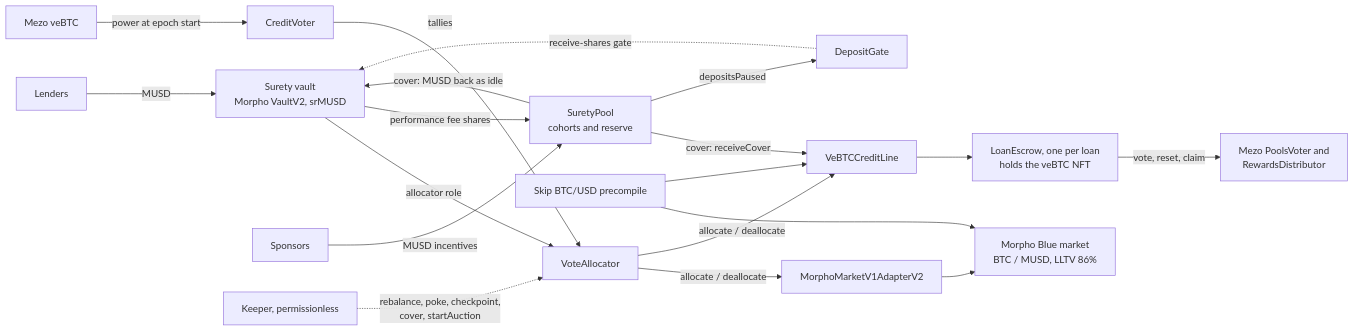
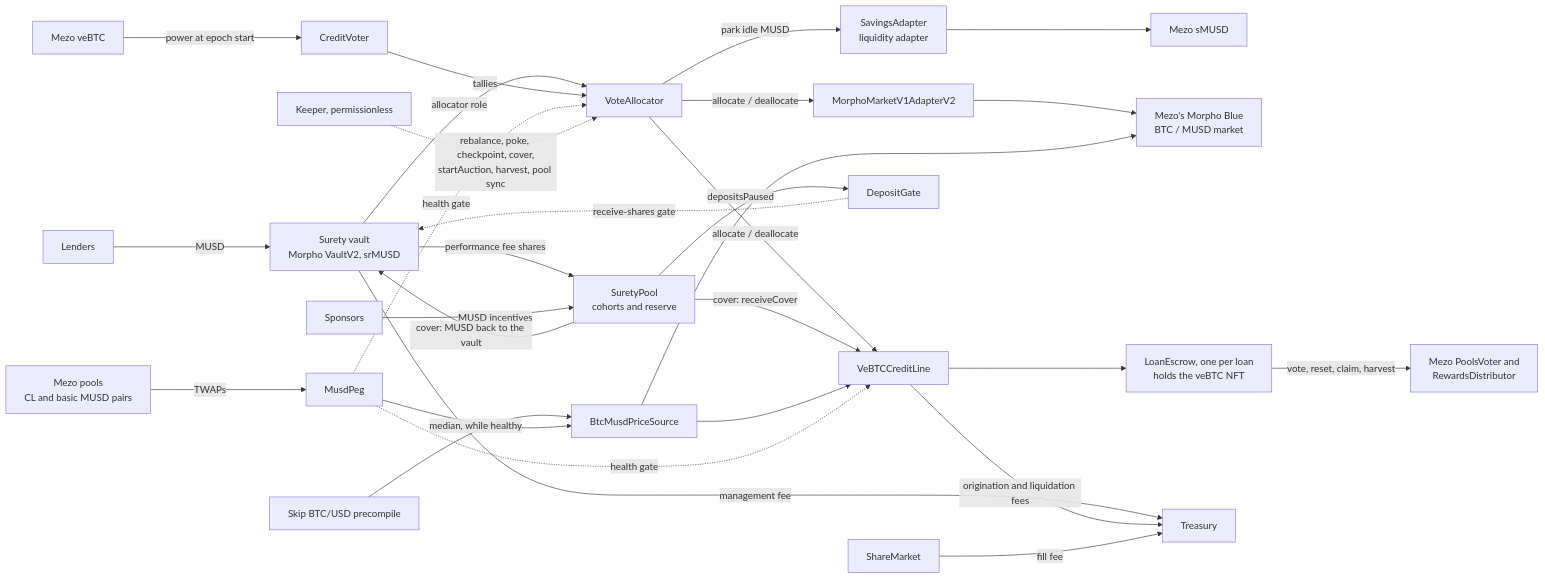
The diagram in README.md (RaYYeR220/surety), drawn with Mermaid before and after one commit. The commit also changed other lines of this file, not shown here.

````diff
--- a/README.md
+++ b/README.md
@@ -50,21 +88,31 @@
 ```mermaid
 flowchart LR
   lenders["Lenders"] -->|"MUSD"| vault["Surety vault<br/>Morpho VaultV2, srMUSD"]
   vault -->|"allocator role"| allocator["VoteAllocator"]
   allocator -->|"allocate / deallocate"| morphoAdapter["MorphoMarketV1AdapterV2"]
   allocator -->|"allocate / deallocate"| line["VeBTCCreditLine"]
-  morphoAdapter --> market["Morpho Blue market<br/>BTC / MUSD, LLTV 86%"]
+  allocator -->|"park idle MUSD"| savings["SavingsAdapter<br/>liquidity adapter"]
+  savings --> smusd["Mezo sMUSD"]
+  morphoAdapter --> market["Mezo's Morpho Blue<br/>BTC / MUSD market"]
   line --> escrow["LoanEscrow, one per loan<br/>holds the veBTC NFT"]
-  escrow -->|"vote, reset, claim"| mezoVoter["Mezo PoolsVoter and<br/>RewardsDistributor"]
+  escrow -->|"vote, reset, claim, harvest"| mezoVoter["Mezo PoolsVoter and<br/>RewardsDistributor"]
   veBTC["Mezo veBTC"] -->|"power at epoch start"| voter["CreditVoter"]
   voter -->|"tallies"| allocator
   vault -->|"performance fee shares"| pool["SuretyPool<br/>cohorts and reserve"]
   sponsors["Sponsors"] -->|"MUSD incentives"| pool
-  pool -->|"cover: MUSD back as idle"| vault
+  pool -->|"cover: MUSD back to the vault"| vault
   pool -->|"cover: receiveCover"| line
   pool -->|"depositsPaused"| gate["DepositGate"]
   gate -.->|"receive-shares gate"| vault
-  oracle["Skip BTC/USD precompile"] --> market
-  oracle --> line
-  keeper["Keeper, permissionless"] -.->|"rebalance, poke, checkpoint,<br/>cover, startAuction"| allocator
+  pools["Mezo pools<br/>CL and basic MUSD pairs"] -->|"TWAPs"| peg["MusdPeg"]
+  skip["Skip BTC/USD precompile"] --> price["BtcMusdPriceSource"]
+  peg -->|"median, while healthy"| price
+  price --> market
+  price --> line
+  peg -.->|"health gate"| allocator
+  peg -.->|"health gate"| line
+  vault -->|"management fee"| treasury["Treasury"]
+  line -->|"origination and liquidation fees"| treasury
+  shares["ShareMarket"] -->|"fill fee"| treasury
+  keeper["Keeper, permissionless"] -.->|"rebalance, poke, checkpoint, cover,<br/>startAuction, harvest, pool sync"| allocator
 ```
````
